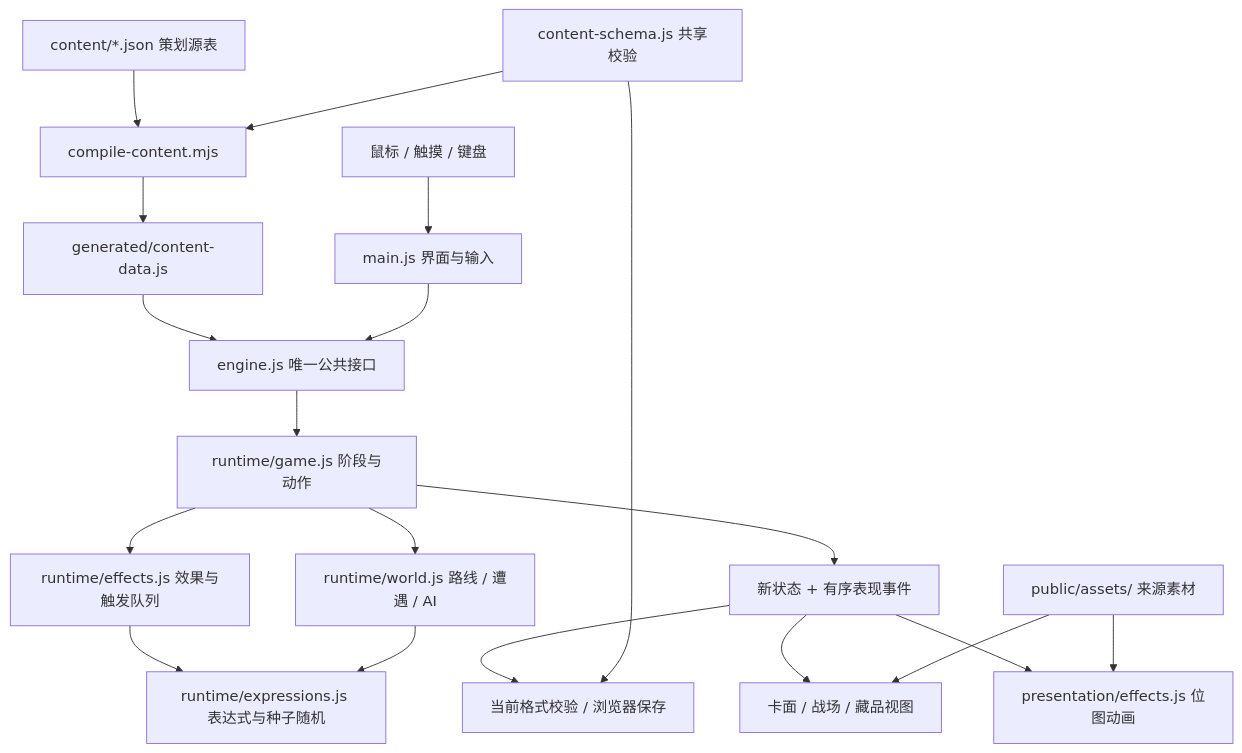
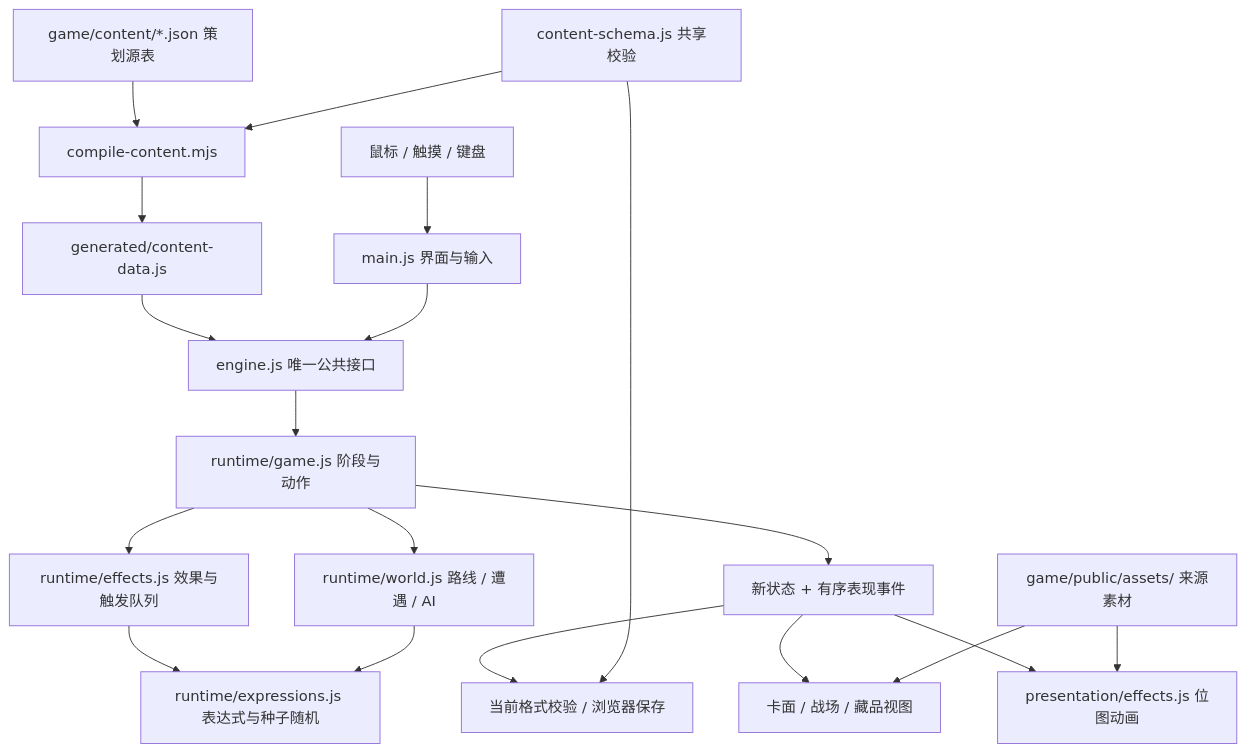
Before and after one commit to 18668612396/Ghost-Ledger: the diagram in docs/ARCHITECTURE-V05.md, drawn with Mermaid. The commit also changed other lines of this file and 972 other files, not shown here.

````diff
--- a/docs/ARCHITECTURE-V05.md
+++ b/docs/ARCHITECTURE-V05.md
@@ -9,21 +17,21 @@
 ```mermaid
 flowchart TD
-  Tables["content/*.json 策划源表"] --> Compiler["compile-content.mjs"]
+  Tables["game/content/*.json 策划源表"] --> Compiler["compile-content.mjs"]
   Schema["content-schema.js 共享校验"] --> Compiler
   Compiler --> Generated["generated/content-data.js"]
   Generated --> API["engine.js 唯一公共接口"]
   Input["鼠标 / 触摸 / 键盘"] --> UI["main.js 界面与输入"]
   UI --> API
   API --> Game["runtime/game.js 阶段与动作"]
   Game --> World["runtime/world.js 路线 / 遭遇 / AI"]
   Game --> Effects["runtime/effects.js 效果与触发队列"]
   Effects --> Expressions["runtime/expressions.js 表达式与种子随机"]
   World --> Expressions
   Game --> Result["新状态 + 有序表现事件"]
   Result --> Save["当前格式校验 / 浏览器保存"]
   Result --> Views["卡面 / 战场 / 藏品视图"]
   Result --> FX["presentation/effects.js 位图动画"]
-  Assets["public/assets/ 来源素材"] --> Views
+  Assets["game/public/assets/ 来源素材"] --> Views
   Assets --> FX
   Schema --> Save
 ```
````
